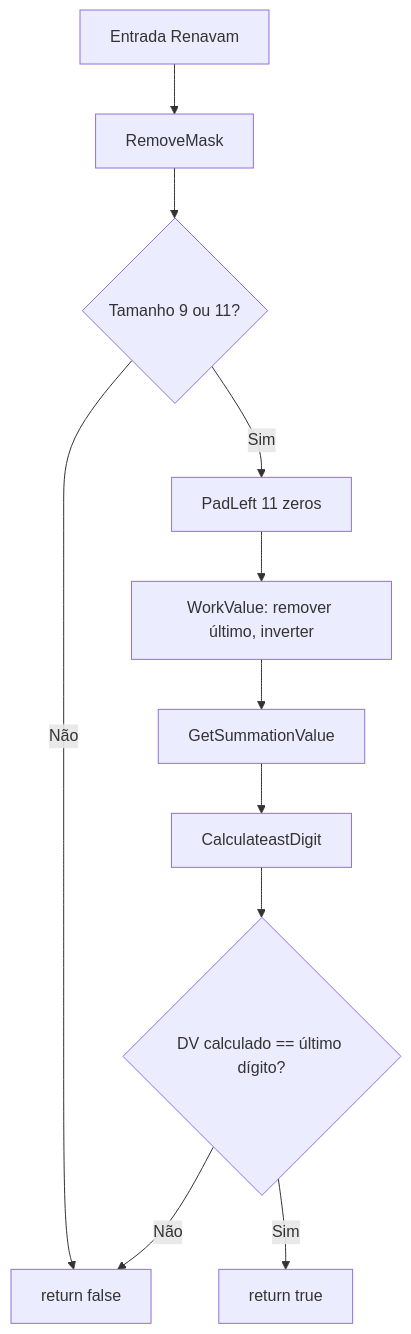
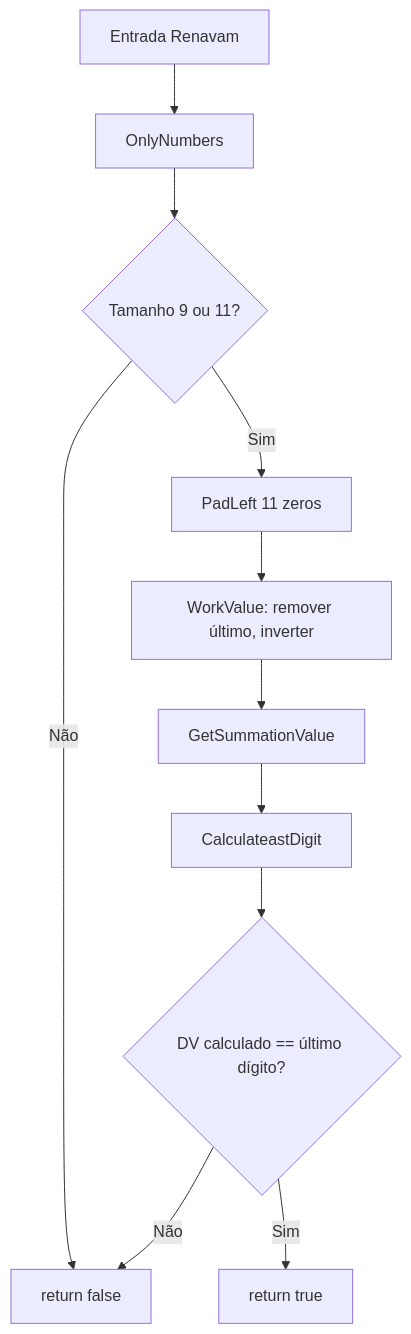
Before and after one commit to rodabarbosa/ValidationNuget: the diagram in docs/requirement/tec/tec-req-0005-renavam-validacao.md, drawn with Mermaid. The commit also changed other lines of this file and 119 other files, not shown here.

````diff
--- a/docs/requirement/tec/tec-req-0005-renavam-validacao.md
+++ b/docs/requirement/tec/tec-req-0005-renavam-validacao.md
@@ -62,13 +62,13 @@
 ```mermaid
 flowchart TD
-    A[Entrada Renavam] --> B[RemoveMask]
+    A[Entrada Renavam] --> B[OnlyNumbers]
     B --> C{Tamanho 9 ou 11?}
     C -->|Não| D[return false]
     C -->|Sim| E[PadLeft 11 zeros]
     E --> F[WorkValue: remover último, inverter]
     F --> G[GetSummationValue]
     G --> H[CalculateastDigit]
     H --> I{DV calculado == último dígito?}
     I -->|Sim| J[return true]
     I -->|Não| D
 ```
````
